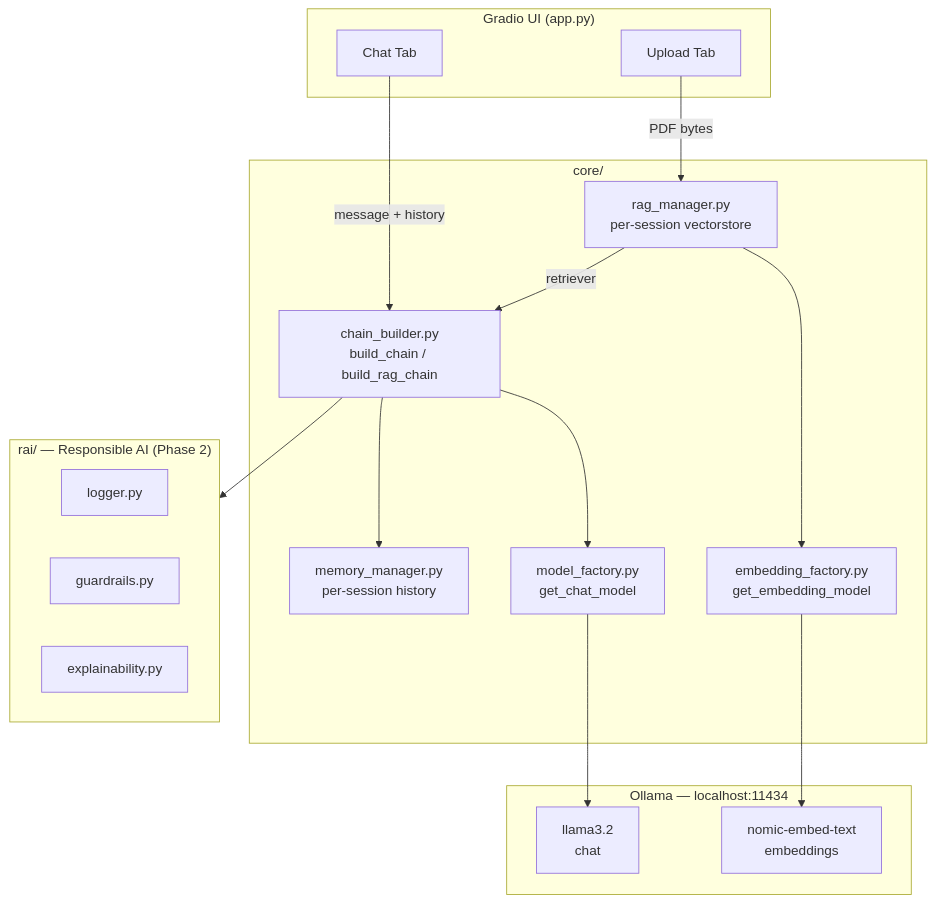
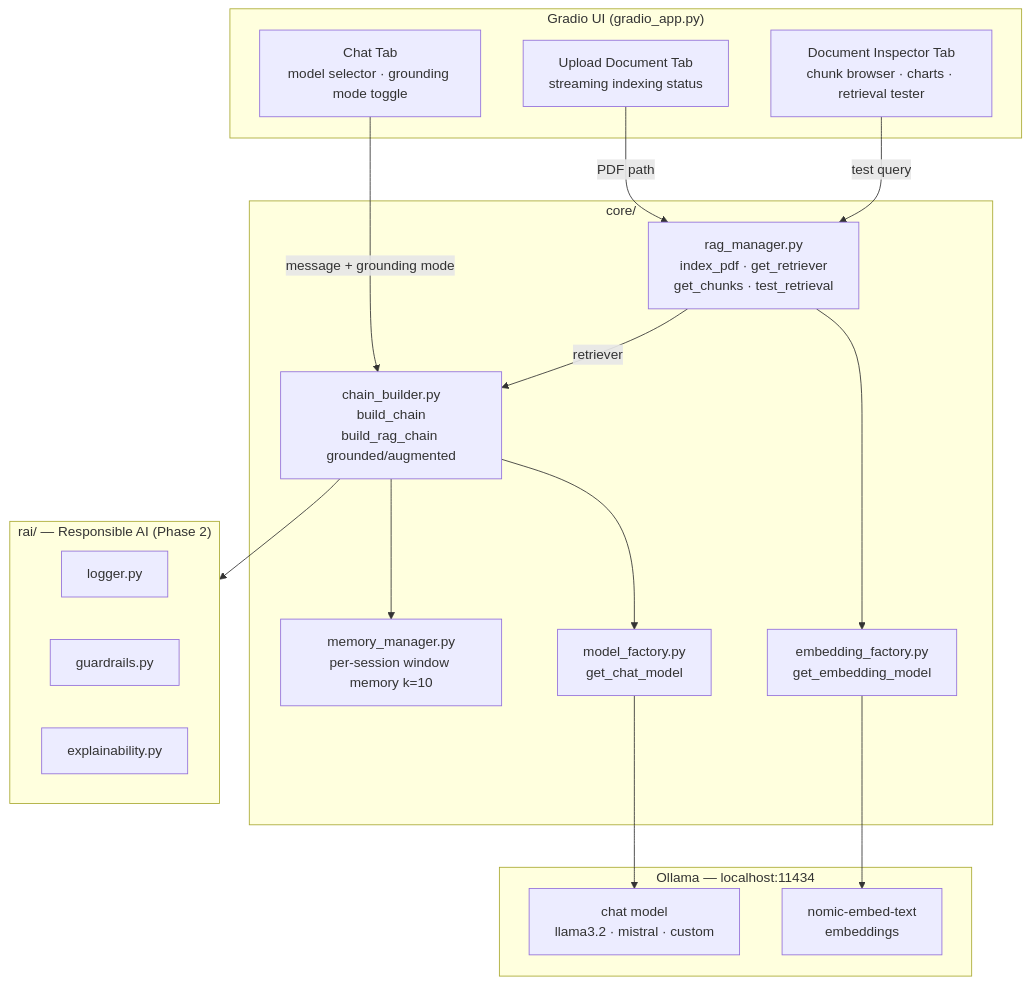
The fourth of 4 diagrams in ARCHITECTURE.md (ramprasathsampathkumar/chat-sandbox), drawn with Mermaid before and after one commit. The commit also changed other lines of this file and 2 other files, not shown here.

````diff
--- a/ARCHITECTURE.md
+++ b/ARCHITECTURE.md
@@ -70,34 +90,36 @@
 ```mermaid
 flowchart TD
-    subgraph UI["Gradio UI (app.py)"]
-        CHAT[Chat Tab]
-        UPLOAD[Upload Tab]
+    subgraph UI["Gradio UI (gradio_app.py)"]
+        CHAT[Chat Tab\nmodel selector · grounding mode toggle]
+        UPLOAD[Upload Document Tab\nstreaming indexing status]
+        INSPECT[Document Inspector Tab\nchunk browser · charts · retrieval tester]
     end
 
     subgraph CORE["core/"]
         MF[model_factory.py\nget_chat_model]
         EF[embedding_factory.py\nget_embedding_model]
-        CB[chain_builder.py\nbuild_chain / build_rag_chain]
-        MM[memory_manager.py\nper-session history]
-        RM[rag_manager.py\nper-session vectorstore]
+        CB[chain_builder.py\nbuild_chain\nbuild_rag_chain grounded/augmented]
+        MM[memory_manager.py\nper-session window memory k=10]
+        RM[rag_manager.py\nindex_pdf · get_retriever\nget_chunks · test_retrieval]
     end
 
     subgraph OLLAMA["Ollama — localhost:11434"]
-        LLM[llama3.2\nchat]
+        LLM[chat model\nllama3.2 · mistral · custom]
         EMB[nomic-embed-text\nembeddings]
     end
 
     subgraph RAI["rai/ — Responsible AI (Phase 2)"]
         LOG[logger.py]
         GRD[guardrails.py]
         EXP[explainability.py]
     end
 
-    CHAT -->|message + history| CB
-    UPLOAD -->|PDF bytes| RM
+    CHAT -->|message + grounding mode| CB
+    UPLOAD -->|PDF path| RM
+    INSPECT -->|test query| RM
     CB --> MF --> LLM
     RM --> EF --> EMB
     RM -->|retriever| CB
     CB --> MM
     CB --> RAI
 ```
````
